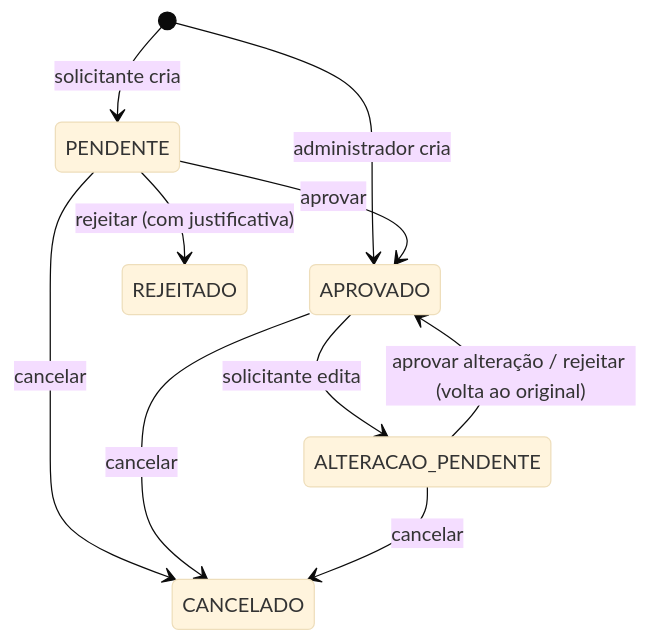
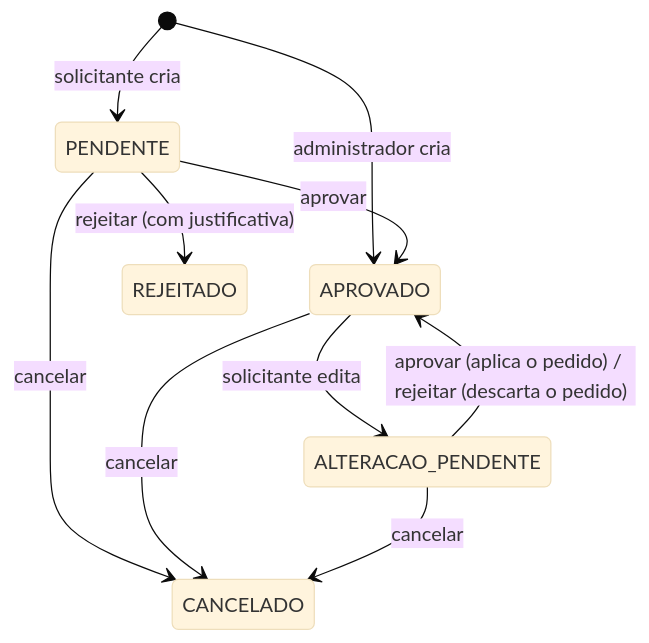
One commit to josesilva422/agenda_veiculos_comurg_pres changed the third of 3 diagrams in docs/DOCUMENTACAO_TECNICA.md. Above: the diagram before and after it, drawn with Mermaid (base theme). The commit also changed other lines of this file and 56 other files, not shown here.

````diff
--- a/docs/DOCUMENTACAO_TECNICA.md
+++ b/docs/DOCUMENTACAO_TECNICA.md
@@ -195,12 +202,12 @@
 ```mermaid
 stateDiagram-v2
   [*] --> PENDENTE: solicitante cria
   [*] --> APROVADO: administrador cria
   PENDENTE --> APROVADO: aprovar
   PENDENTE --> REJEITADO: rejeitar (com justificativa)
   PENDENTE --> CANCELADO: cancelar
   APROVADO --> ALTERACAO_PENDENTE: solicitante edita
-  ALTERACAO_PENDENTE --> APROVADO: aprovar alteração / rejeitar (volta ao original)
+  ALTERACAO_PENDENTE --> APROVADO: aprovar (aplica o pedido) / rejeitar (descarta o pedido)
   APROVADO --> CANCELADO: cancelar
   ALTERACAO_PENDENTE --> CANCELADO: cancelar
 ```
````
